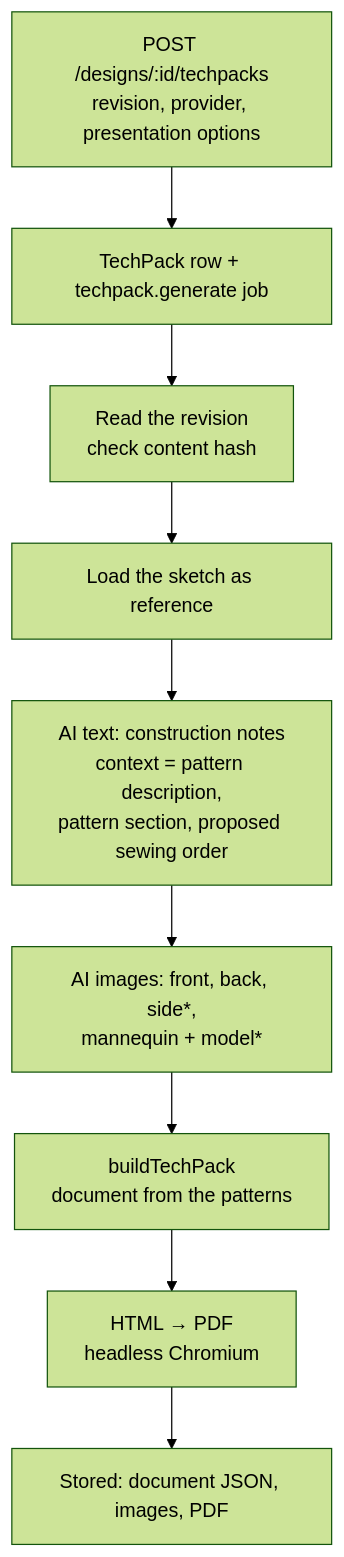
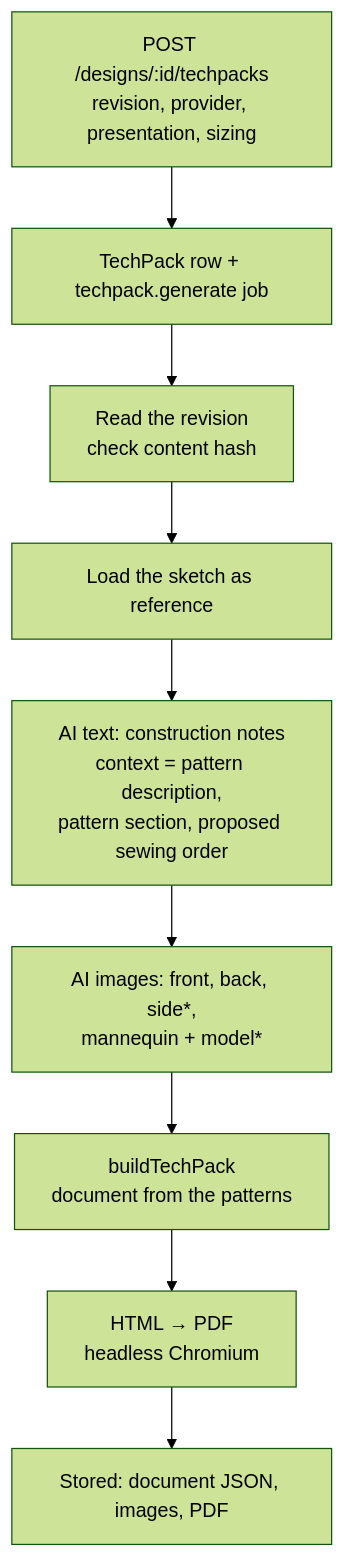
One commit to Danishan1/indra-dhar-ai-designer changed the diagram in docs/how-it-works/05-tech-pack.md. Above: the diagram before and after it, drawn with Mermaid (forest theme). The commit also changed other lines of this file and 43 other files, not shown here.

Commit message:
feat: Size standards and the cleaner, more polished tech pack

````diff
--- a/docs/how-it-works/05-tech-pack.md
+++ b/docs/how-it-works/05-tech-pack.md
@@ -17,11 +17,11 @@
 ```mermaid
 flowchart TB
-  A[POST /designs/:id/techpacks<br/>revision, provider, presentation options] --> B[TechPack row + techpack.generate job]
+  A[POST /designs/:id/techpacks<br/>revision, provider, presentation, sizing] --> B[TechPack row + techpack.generate job]
   B --> C[Read the revision<br/>check content hash]
   C --> D[Load the sketch as reference]
   D --> E[AI text: construction notes<br/>context = pattern description,<br/>pattern section, proposed sewing order]
   E --> F[AI images: front, back, side*,<br/>mannequin + model*]
   F --> G[buildTechPack<br/>document from the patterns]
   G --> H[HTML → PDF<br/>headless Chromium]
   H --> I[Stored: document JSON, images, PDF]
 ```
````
